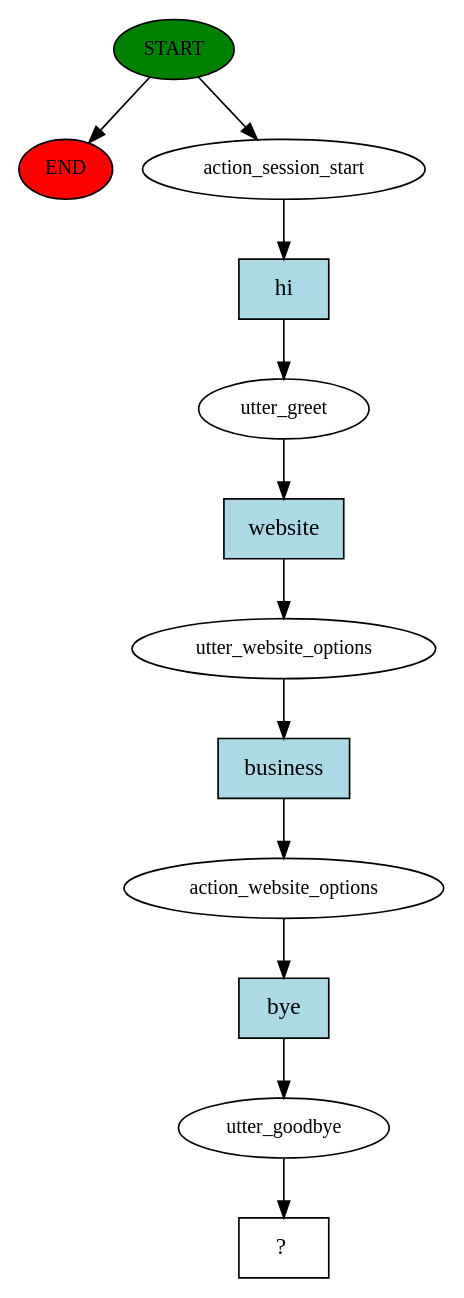
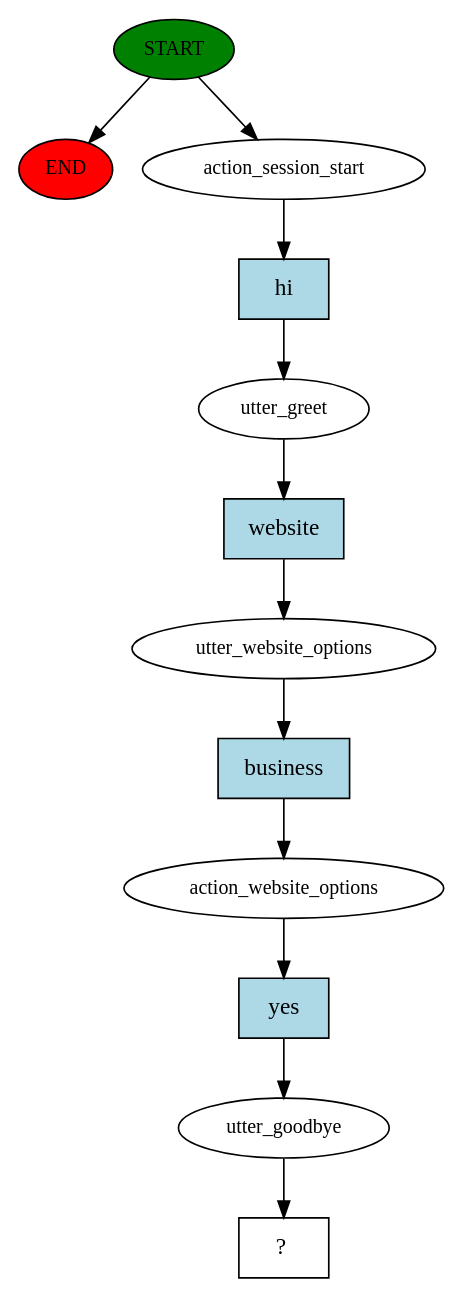
The diagram in story_graph.dot (swetabhmukherjee/gideon-rasa-bot), drawn with Graphviz before and after one commit. The commit also changed 361 other files, not shown here.

```diff
--- a/story_graph.dot
+++ b/story_graph.dot
@@ -1,25 +1,25 @@
 digraph  {
 0 [class="start active", fillcolor=green, fontsize=12, label=START, style=filled];
 "-1" [class=end, fillcolor=red, fontsize=12, label=END, style=filled];
 1 [class=active, fontsize=12, label=action_session_start];
 2 [class=active, fontsize=12, label=utter_greet];
 3 [class=active, fontsize=12, label=utter_website_options];
 4 [class=active, fontsize=12, label=action_website_options];
 5 [class=active, fontsize=12, label=utter_goodbye];
 6 [class="intent dashed active", label="  ?  ", shape=rect];
 7 [class="intent active", fillcolor=lightblue, label=hi, shape=rect, style=filled];
 8 [class="intent active", fillcolor=lightblue, label=website, shape=rect, style=filled];
 9 [class="intent active", fillcolor=lightblue, label=business, shape=rect, style=filled];
-10 [class="intent active", fillcolor=lightblue, label=bye, shape=rect, style=filled];
+10 [class="intent active", fillcolor=lightblue, label=yes, shape=rect, style=filled];
 0 -> "-1"  [class="", key=NONE, label=""];
 0 -> 1  [class=active, key=NONE, label=""];
 1 -> 7  [class=active, key=0];
 2 -> 8  [class=active, key=0];
 3 -> 9  [class=active, key=0];
 4 -> 10  [class=active, key=0];
 5 -> 6  [class=active, key=NONE, label=""];
 7 -> 2  [class=active, key=0];
 8 -> 3  [class=active, key=0];
 9 -> 4  [class=active, key=0];
 10 -> 5  [class=active, key=0];
 }
```
